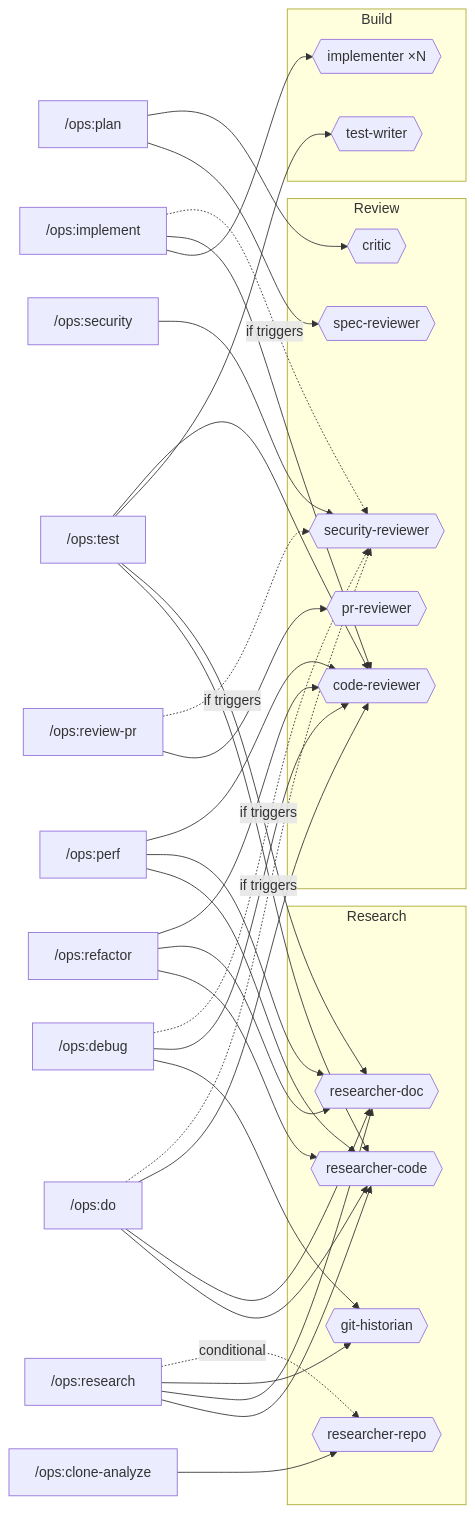
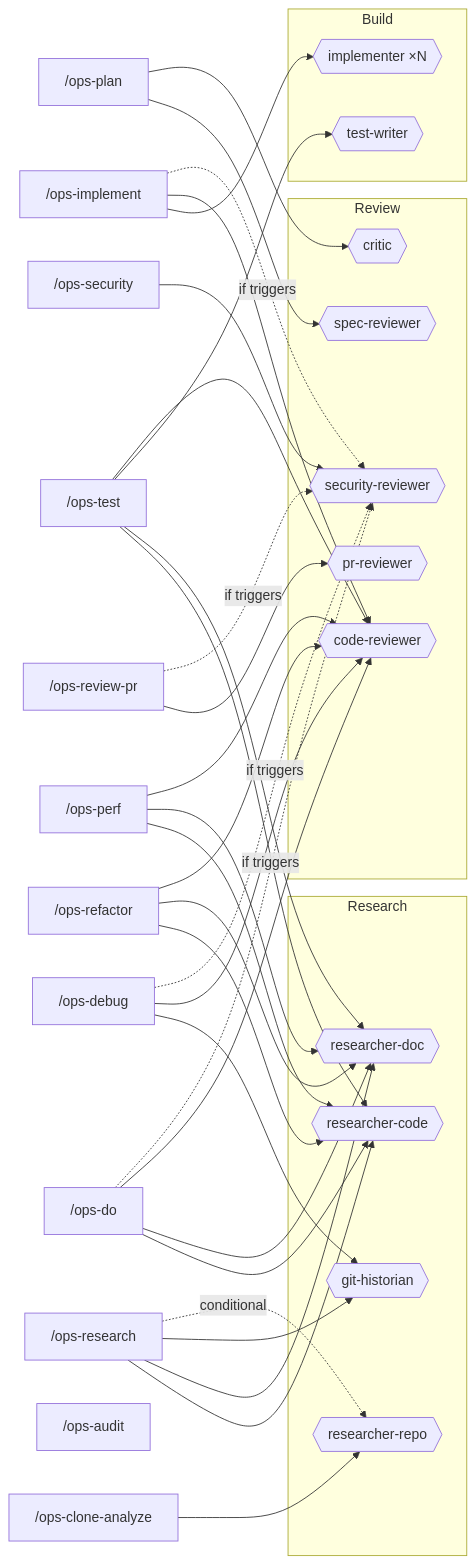
Before and after one commit to gigi206/ops: the second of 16 diagrams in README.md, drawn with Mermaid. The commit also changed other lines of this file and 57 other files, not shown here.

Commit message:
feat: v3.0.0 — OpenCode compatibility + skill renaming ops:* → ops-* + review pipeline extraction

````diff
--- a/README.md
+++ b/README.md
@@ -89,56 +86,57 @@
 ```mermaid
 flowchart LR
     %% ─── Skills ───
-    research["/ops:research"]
-    plan["/ops:plan"]
-    implement["/ops:implement"]
-    do["/ops:do"]
-    debug["/ops:debug"]
-    test["/ops:test"]
-    refactor["/ops:refactor"]
-    perf["/ops:perf"]
-    review-pr["/ops:review-pr"]
-    security["/ops:security"]
-    clone-analyze["/ops:clone-analyze"]
+    research["/ops-research"]
+    plan["/ops-plan"]
+    implement["/ops-implement"]
+    do["/ops-do"]
+    debug["/ops-debug"]
+    test["/ops-test"]
+    refactor["/ops-refactor"]
+    perf["/ops-perf"]
+    review-pr["/ops-review-pr"]
+    security["/ops-security"]
+    audit["/ops-audit"]
+    clone-analyze["/ops-clone-analyze"]
 
     %% ─── Research agents ───
     subgraph research_agents["Research"]
         rc{{"researcher-code"}}
         rd{{"researcher-doc"}}
         gh{{"git-historian"}}
         rr{{"researcher-repo"}}
     end
 
     %% ─── Review agents ───
     subgraph review_agents["Review"]
         sr{{"spec-reviewer"}}
         cr{{"critic"}}
         codrev{{"code-reviewer"}}
         secrev{{"security-reviewer"}}
         prrev{{"pr-reviewer"}}
     end
 
     %% ─── Build agents ───
     subgraph build_agents["Build"]
         imp{{"implementer ×N"}}
         tw{{"test-writer"}}
     end
 
     %% ─── Dispatch ───
     research --> rc & rd & gh
     research -.->|conditional| rr
     plan --> sr & cr
     implement --> imp & codrev
     implement -.->|if triggers| secrev
     do --> rc & rd & codrev
     do -.->|if triggers| secrev
     debug --> gh & codrev
     debug -.->|if triggers| secrev
     test --> rc & rd & tw & codrev
     refactor --> rc & rd & codrev
     perf --> rc & rd & codrev
     review-pr --> prrev
     review-pr -.->|if triggers| secrev
     security --> secrev
     clone-analyze --> rr
 ```
````
